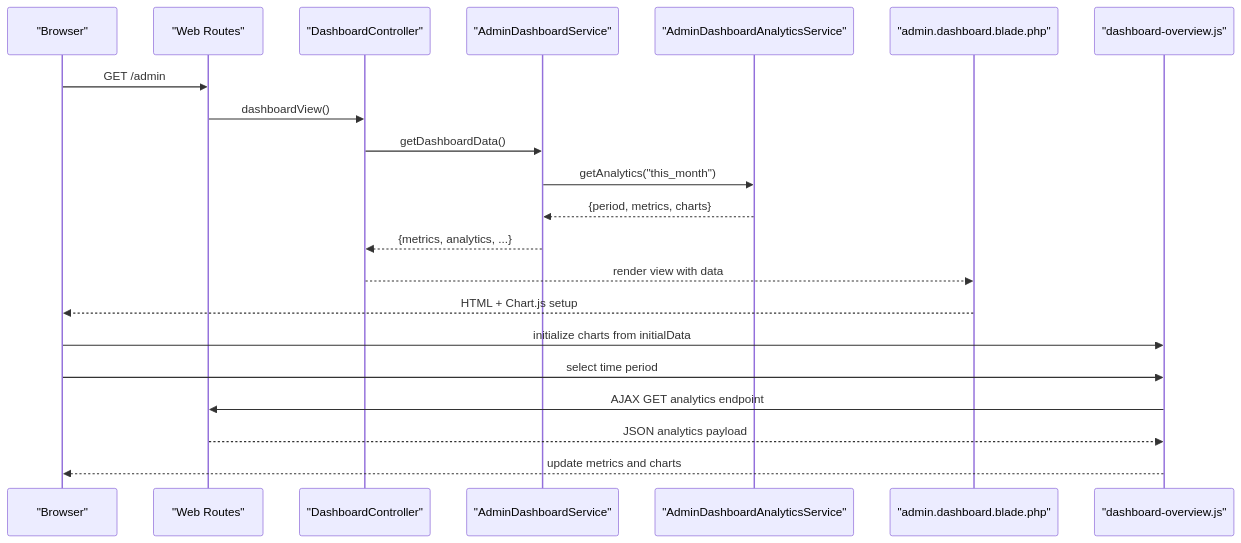
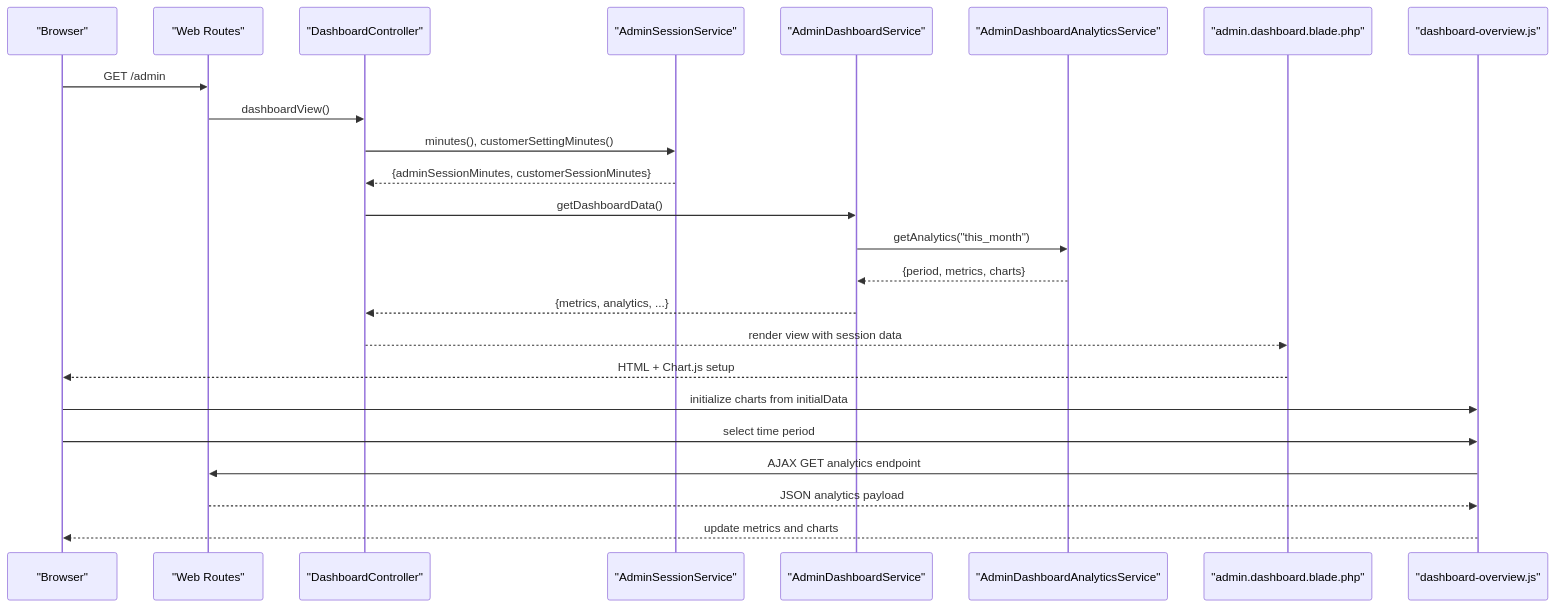
Before and after one commit to mahbub095/bus-app: the second of 13 diagrams in .qoder/repowiki/en/content/Administrative Dashboard/Administrative Dashboard.md, drawn with Mermaid. The commit also changed other lines of this file and 130 other files, not shown here.

````diff
--- a/.qoder/repowiki/en/content/Administrative Dashboard/Administrative Dashboard.md
+++ b/.qoder/repowiki/en/content/Administrative Dashboard/Administrative Dashboard.md
@@ -117,23 +129,26 @@
 ```mermaid
 sequenceDiagram
 participant Browser as "Browser"
 participant Routes as "Web Routes"
 participant Controller as "DashboardController"
+participant SessionService as "AdminSessionService"
 participant Service as "AdminDashboardService"
 participant Analytics as "AdminDashboardAnalyticsService"
 participant View as "admin.dashboard.blade.php"
 participant JS as "dashboard-overview.js"
 Browser->>Routes : GET /admin
 Routes->>Controller : dashboardView()
+Controller->>SessionService : minutes(), customerSettingMinutes()
+SessionService-->>Controller : {adminSessionMinutes, customerSessionMinutes}
 Controller->>Service : getDashboardData()
 Service->>Analytics : getAnalytics("this_month")
 Analytics-->>Service : {period, metrics, charts}
 Service-->>Controller : {metrics, analytics, ...}
-Controller-->>View : render view with data
+Controller-->>View : render view with session data
 View-->>Browser : HTML + Chart.js setup
 Browser->>JS : initialize charts from initialData
 Browser->>JS : select time period
 JS->>Routes : AJAX GET analytics endpoint
 Routes-->>JS : JSON analytics payload
 JS-->>Browser : update metrics and charts
 ```
````
